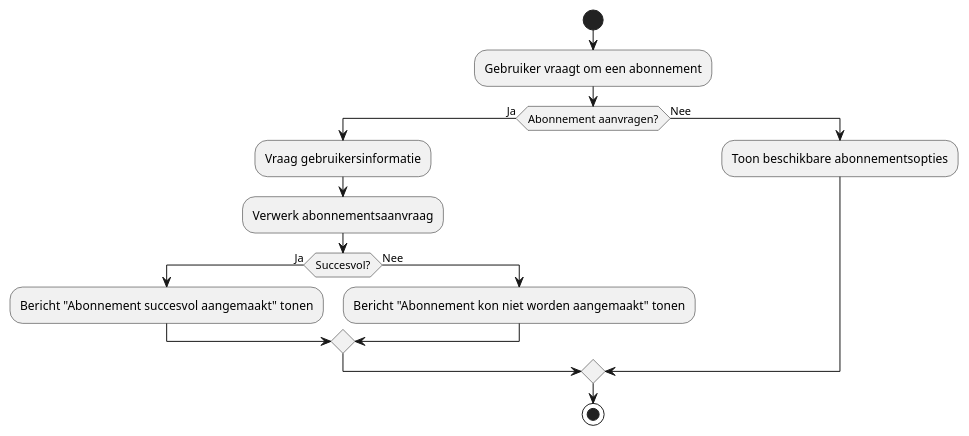
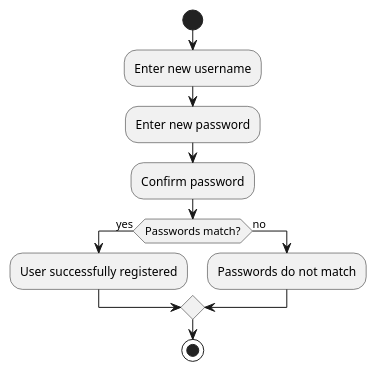
Before and after one commit to 9elmaz9/BibliotheekSysteem: the second of 2 diagrams in src/main/java/AnalysisLibrarySystem/FlowchartUserCases/User/Subscription_FlowChart.puml, drawn with PlantUML. The commit also changed other lines of this file and 22 other files, not shown here.

```diff
--- a/src/main/java/AnalysisLibrarySystem/FlowchartUserCases/User/Subscription_FlowChart.puml
+++ b/src/main/java/AnalysisLibrarySystem/FlowchartUserCases/User/Subscription_FlowChart.puml
@@ -31,16 +21,12 @@
 @startuml
 start
-:Gebruiker vraagt om een abonnement;
-if (Abonnement aanvragen?) then (Ja)
-  :Vraag gebruikersinformatie;
-  :Verwerk abonnementsaanvraag;
-  if (Succesvol?) then (Ja)
-    :Bericht "Abonnement succesvol aangemaakt" tonen;
-  else (Nee)
-    :Bericht "Abonnement kon niet worden aangemaakt" tonen;
-  endif
-else (Nee)
-  :Toon beschikbare abonnementsopties;
+:Enter new username;
+:Enter new password;
+:Confirm password;
+if (Passwords match?) then (yes)
+    :User successfully registered;
+else (no)
+    :Passwords do not match;
 endif
 stop
 @enduml
```
